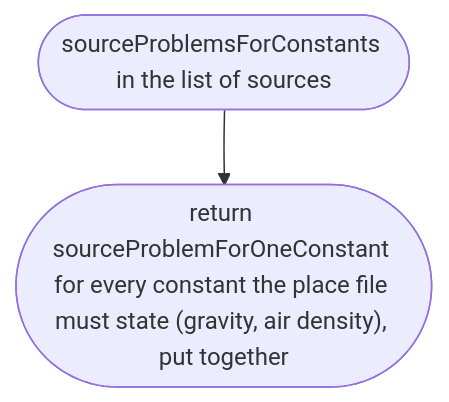
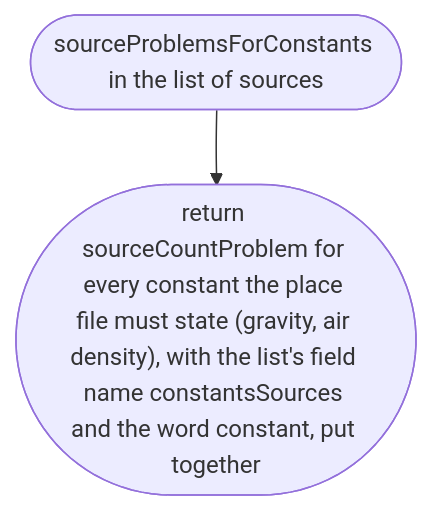
Before and after one commit to NewDara-Star/world-engine: the second of 8 diagrams in docs/designs/src/place/place.md, drawn with Mermaid. The commit also changed other lines of this file and 39 other files, not shown here.

````diff
--- a/docs/designs/src/place/place.md
+++ b/docs/designs/src/place/place.md
@@ -50,6 +40,6 @@
 ```mermaid
 flowchart TD
   s(["sourceProblemsForConstants in the list of sources"])
-  a(["return sourceProblemForOneConstant for every constant the place file must state (gravity, air density), put together"])
+  a(["return sourceCountProblem for every constant the place file must state (gravity, air density), with the list's field name constantsSources and the word constant, put together"])
   s --> a
 ```
````
